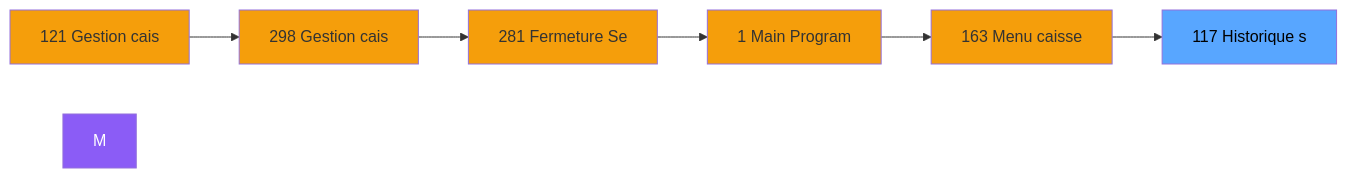
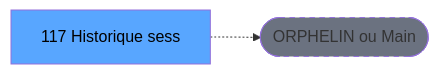
The second of 3 diagrams in .openspec/specs/ADH-IDE-117.md (thonyAGP/lecteur-magic), drawn with Mermaid before and after one commit. The commit also changed other lines of this file and 701 other files, not shown here.

````diff
--- a/.openspec/specs/ADH-IDE-117.md
+++ b/.openspec/specs/ADH-IDE-117.md
@@ -107,21 +119,8 @@
 ```mermaid
 graph LR
-    N121[121 Gestion cais]
-    N298[298 Gestion cais]
-    N281[281 Fermeture Se]
-    N1[1 Main Program]
-    N163[163 Menu caisse ]
-    T[117 Historique s]
-    N121 --> N298
-    N298 --> N281
-    N281 --> N1
-    N1 --> N163
-    N163 --> T
-    style M fill:#8b5cf6,color:#fff
-    style N121 fill:#f59e0b
-    style N298 fill:#f59e0b
-    style N281 fill:#f59e0b
-    style N1 fill:#f59e0b
-    style N163 fill:#f59e0b
+    T[117 Historique sess]
+    ORPHAN([ORPHELIN ou Main])
+    T -.-> ORPHAN
     style T fill:#58a6ff,color:#000
+    style ORPHAN fill:#6b7280,stroke-dasharray: 5 5
 ```
````
